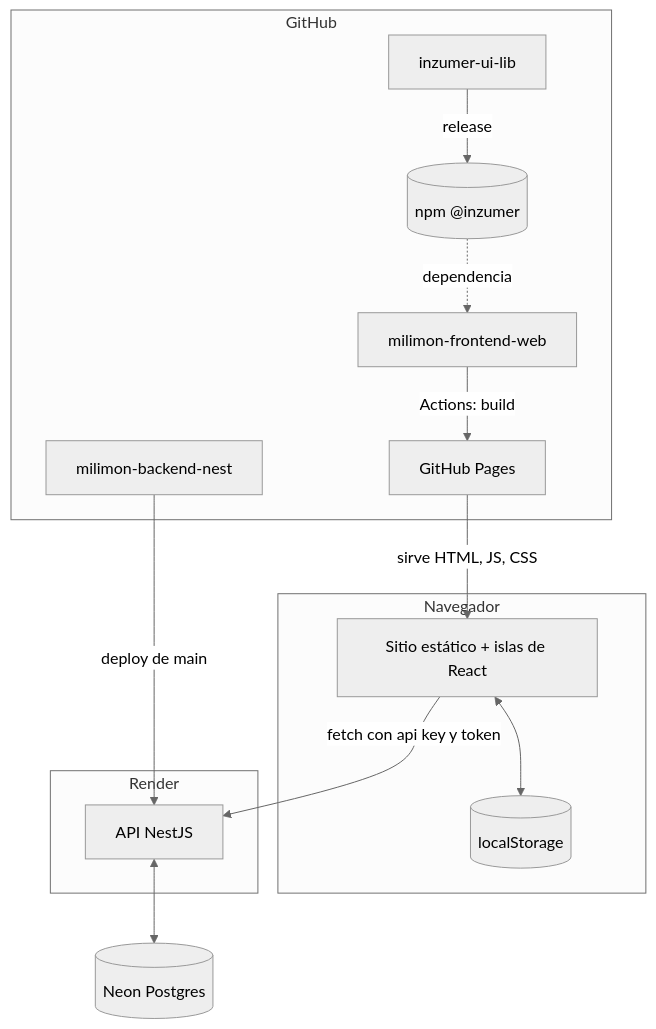
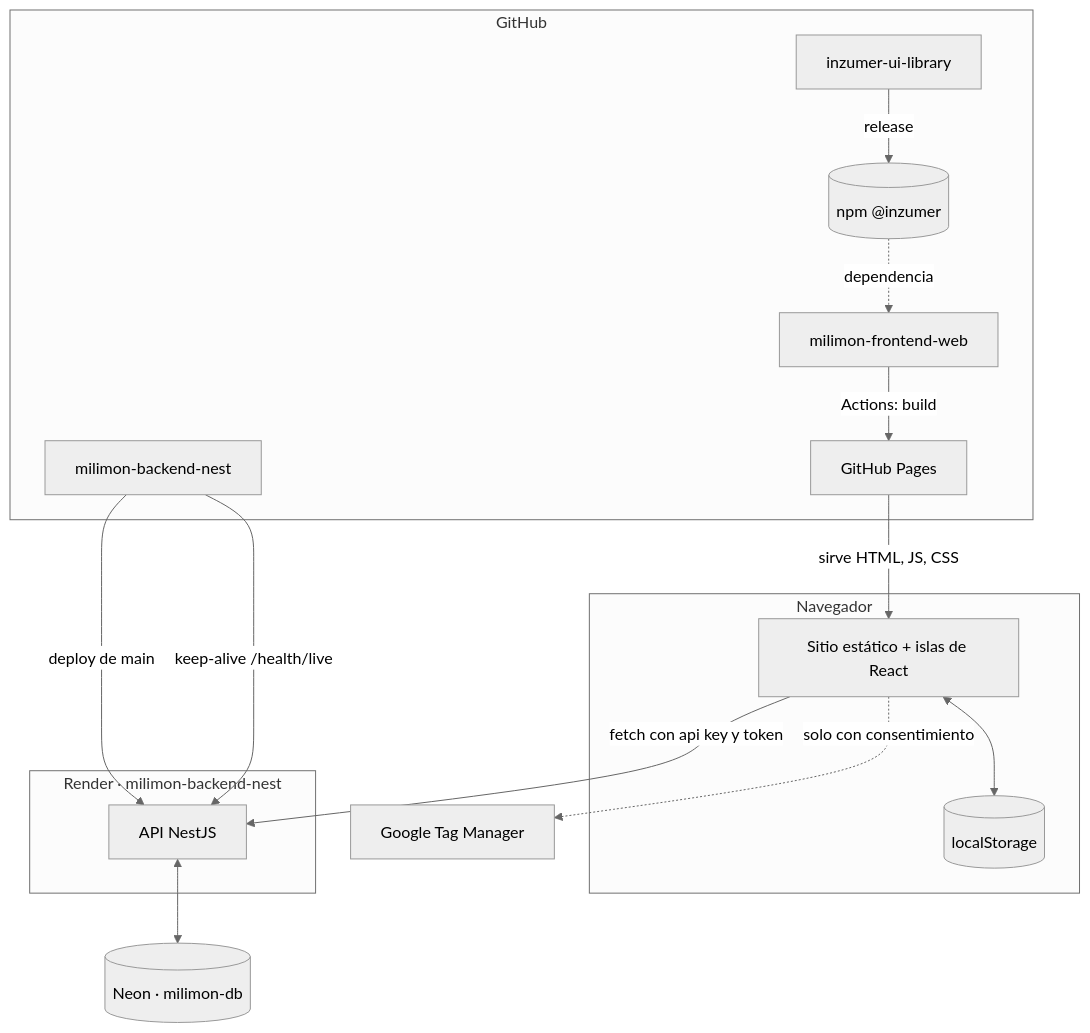
One commit to inzumer/milimon-docs changed the diagram in src/content/docs/arquitectura/sistema.md. Above: the diagram before and after it, drawn with Mermaid (neutral theme). The commit also changed other lines of this file and 4 other files, not shown here.

First line of the commit message:
docs: infra names, keep-alive, GTM staging and the split packages

````diff
--- a/src/content/docs/arquitectura/sistema.md
+++ b/src/content/docs/arquitectura/sistema.md
@@ -21,25 +21,28 @@
 ```mermaid
 flowchart TB
   subgraph navegador[Navegador]
     sitio[Sitio estático + islas de React]
     ls[(localStorage)]
     sitio <--> ls
   end
 
   subgraph github[GitHub]
     repoWeb[milimon-frontend-web] -- Actions: build --> pages[GitHub Pages]
     repoApi[milimon-backend-nest]
-    repoLib[inzumer-ui-lib] -- release --> npm[(npm @inzumer)]
+    repoLib[inzumer-ui-library] -- release --> npm[(npm @inzumer)]
   end
 
-  subgraph render[Render]
+  subgraph render[Render · milimon-backend-nest]
     api[API NestJS]
   end
-  neon[(Neon Postgres)]
+  neon[(Neon · milimon-db)]
+  gtm[Google Tag Manager]
 
   pages -- sirve HTML, JS, CSS --> sitio
   npm -. dependencia .-> repoWeb
   repoApi -- deploy de main --> api
   sitio -- fetch con api key y token --> api
+  sitio -. solo con consentimiento .-> gtm
+  repoApi -- keep-alive /health/live --> api
   api <--> neon
 ```
````
